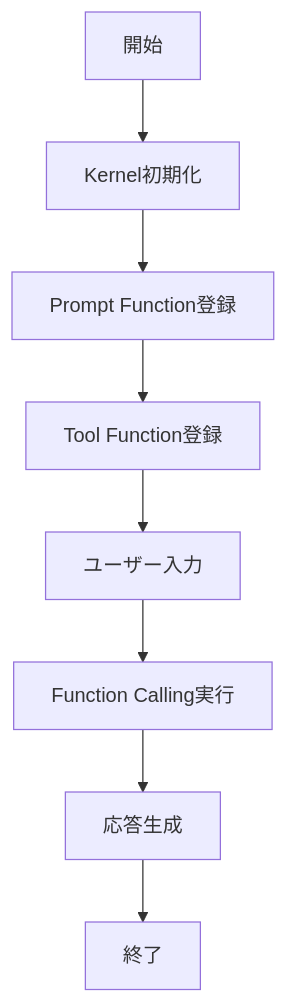
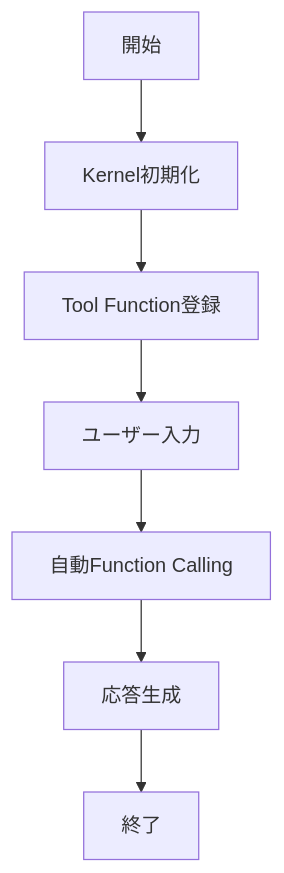
One commit to duwenji/generative-ai-oss-tutorials changed the second of 2 diagrams in docs/01-agent-orchestration/05-semantic-kernel.md. Above: the diagram before and after it, drawn with Mermaid. The commit also changed other lines of this file, not shown here.

Commit message:
refactor: update execution flow and documentation for Semantic Kernel tutorial

````diff
--- a/docs/01-agent-orchestration/05-semantic-kernel.md
+++ b/docs/01-agent-orchestration/05-semantic-kernel.md
@@ -43,10 +44,9 @@
 ```mermaid
 flowchart TD
-  S[開始] --> K[Kernel初期化]
-  K --> P[Prompt Function登録]
-  P --> T[Tool Function登録]
-  T --> I[ユーザー入力]
-  I --> R[Function Calling実行]
-  R --> O[応答生成]
-  O --> E[終了]
+    S[開始] --> K[Kernel初期化]
+    K --> T[Tool Function登録]
+    T --> I[ユーザー入力]
+    I --> F[自動Function Calling]
+    F --> O[応答生成]
+    O --> E[終了]
 ```
````
